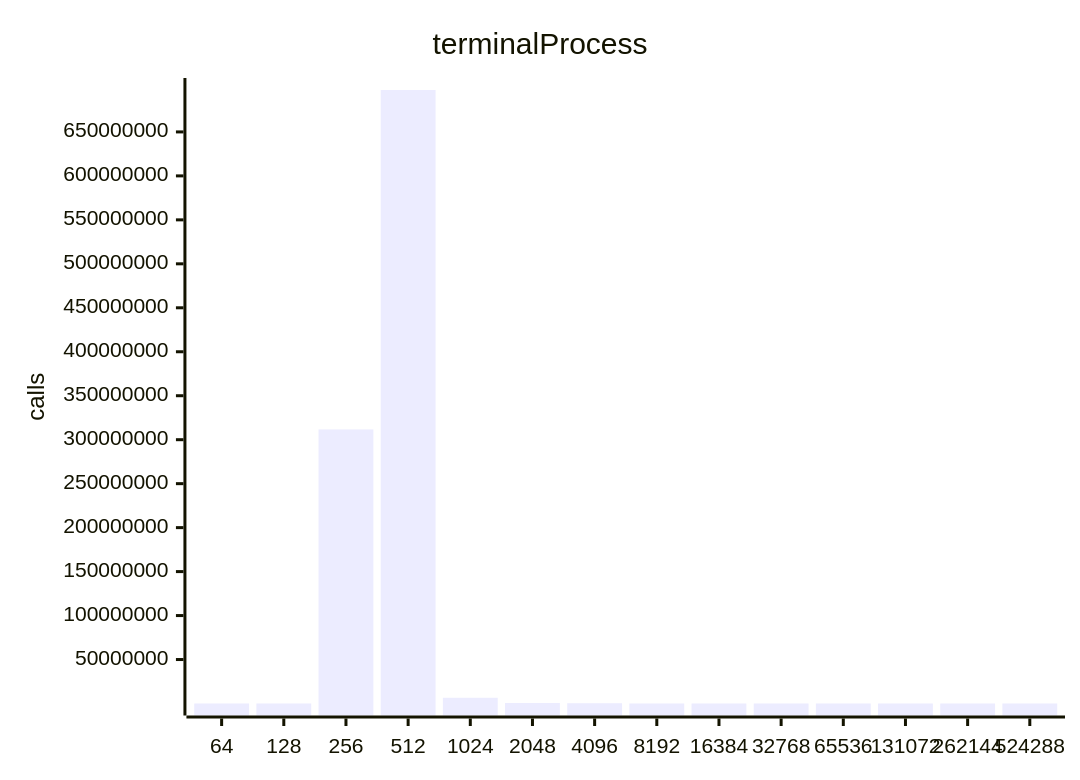
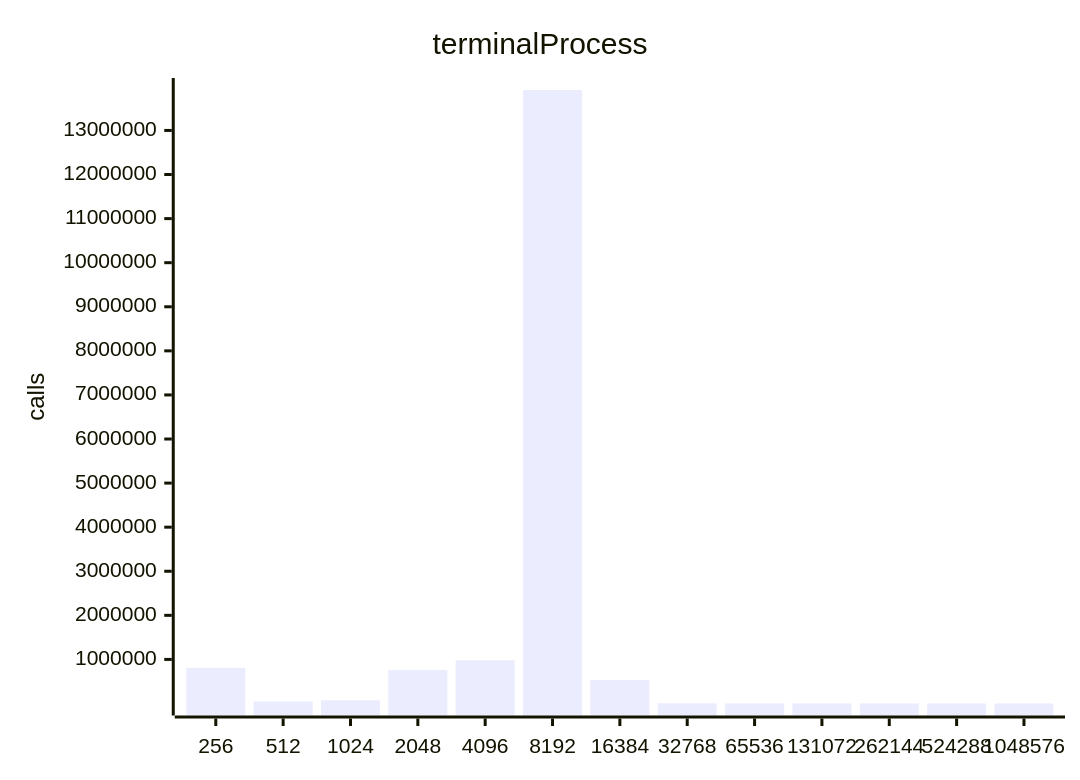
The seventh of 10 diagrams in benchmark/live-report.md (jrengmusic/eve), drawn with Mermaid before and after one commit. The commit also changed other lines of this file and 37 other files, not shown here.

````diff
--- a/benchmark/live-report.md
+++ b/benchmark/live-report.md
@@ -1717,7 +1630,7 @@
 ```mermaid
 xychart-beta
 title "terminalProcess"
-x-axis ["64", "128", "256", "512", "1024", "2048", "4096", "8192", "16384", "32768", "65536", "131072", "262144", "524288"]
+x-axis ["256", "512", "1024", "2048", "4096", "8192", "16384", "32768", "65536", "131072", "262144", "524288", "1048576"]
 y-axis "calls"
-bar [1.00000000000000000, 58.00000000000000000, 311681303.00000000000000000, 697669348.00000000000000000, 6526210.00000000000000000, 617254.00000000000000000, 329421.00000000000000000, 38358.00000000000000000, 3729.00000000000000000, 1187.00000000000000000, 21.00000000000000000, 24.00000000000000000, 34.00000000000000000, 67.00000000000000000]
+bar [812023.00000000000000000, 46138.00000000000000000, 71904.00000000000000000, 761249.00000000000000000, 980092.00000000000000000, 13917506.00000000000000000, 533262.00000000000000000, 4819.00000000000000000, 46.00000000000000000, 31.00000000000000000, 43.00000000000000000, 223.00000000000000000, 3.00000000000000000]
 ```
````
